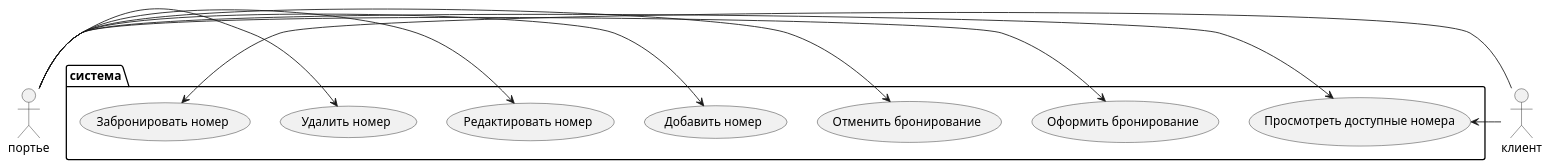
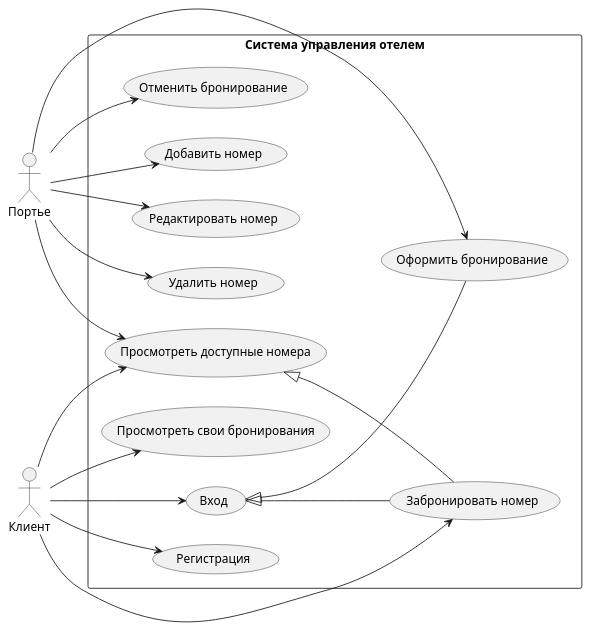
One commit to ryazanov7459-a11y/oteli changed the diagram in docs/use-case.puml. Above: the diagram before and after it, drawn with PlantUML. The commit also changed 7 other files, not shown here.

Commit message:
отшлифовал основную программы и ещё диаграммы переделал.

```diff
--- a/docs/use-case.puml
+++ b/docs/use-case.puml
@@ -1,19 +1,35 @@
 @startuml
-package "система" {
-usecase "Просмотреть доступные номера"
-usecase "Оформить бронирование"
-usecase "Отменить бронирование"
-usecase "Добавить номер"
-usecase "Редактировать номер"
-usecase "Удалить номер"
-usecase "Забронировать номер"
+left to right direction
+
+actor "Портье" as receptionist
+actor "Клиент" as client
+
+rectangle "Система управления отелем" {
+  usecase "Просмотреть доступные номера" as view_rooms
+  usecase "Оформить бронирование" as create_booking
+  usecase "Отменить бронирование" as cancel_booking
+  usecase "Добавить номер" as add_room
+  usecase "Редактировать номер" as edit_room
+  usecase "Удалить номер" as delete_room
+  usecase "Забронировать номер" as book_room
+  usecase "Просмотреть свои бронирования" as view_my_bookings
+  usecase "Вход" as login
+  usecase "Регистрация" as register
 }
-портье -> (Просмотреть доступные номера)
-клиент -> (Просмотреть доступные номера)
-портье -> (Оформить бронирование)
-портье -> (Отменить бронирование)
-портье -> (Добавить номер)
-портье -> (Редактировать номер)
-портье -> (Удалить номер)
-клиент -> (Забронировать номер)
+
+receptionist --> view_rooms
+receptionist --> create_booking
+receptionist --> cancel_booking
+receptionist --> add_room
+receptionist --> edit_room
+receptionist --> delete_room
+client --> view_rooms
+client --> book_room
+client --> view_my_bookings
+client --> login
+client --> register
+
+view_rooms <|-- book_room
+login <|-- create_booking
+login <|-- book_room
 @enduml
```
